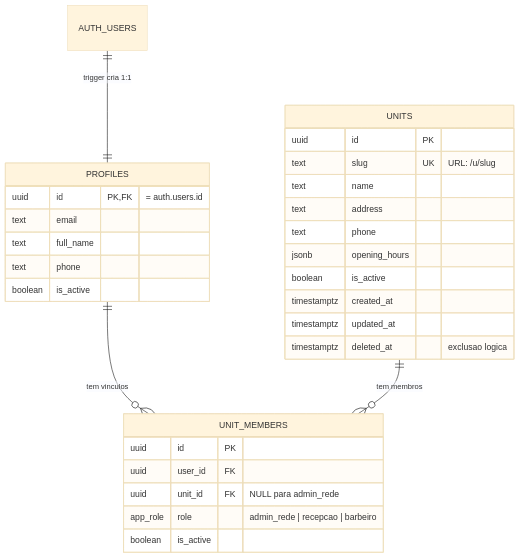
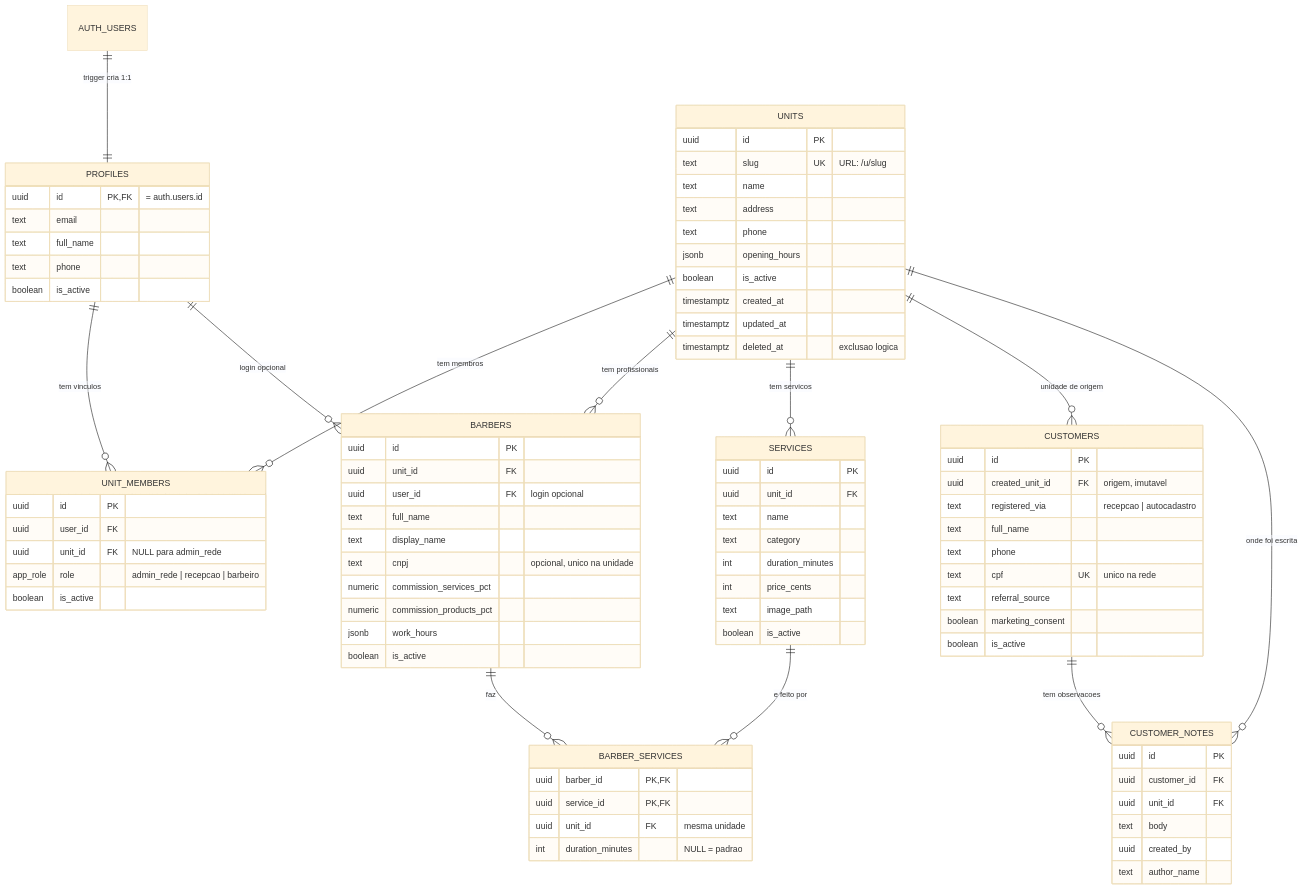
Before and after one commit to jrpereira0/donguillermo: the diagram in docs/modelo-de-dados.md, drawn with Mermaid (base theme). The commit also changed other lines of this file and 34 other files, not shown here.

First line of the commit message:
feat(clientes): cadastro unico da rede, observacoes, historico preparado, testes e documentacao

````diff
--- a/docs/modelo-de-dados.md
+++ b/docs/modelo-de-dados.md
@@ -7,6 +7,14 @@
   AUTH_USERS ||--|| PROFILES : "trigger cria 1:1"
   PROFILES ||--o{ UNIT_MEMBERS : "tem vinculos"
   UNITS ||--o{ UNIT_MEMBERS : "tem membros"
+  UNITS ||--o{ BARBERS : "tem profissionais"
+  PROFILES ||--o{ BARBERS : "login opcional"
+  UNITS ||--o{ SERVICES : "tem servicos"
+  BARBERS ||--o{ BARBER_SERVICES : "faz"
+  SERVICES ||--o{ BARBER_SERVICES : "e feito por"
+  UNITS ||--o{ CUSTOMERS : "unidade de origem"
+  CUSTOMERS ||--o{ CUSTOMER_NOTES : "tem observacoes"
+  UNITS ||--o{ CUSTOMER_NOTES : "onde foi escrita"
 
   UNITS {
     uuid id PK
@@ -34,4 +42,51 @@
     app_role role "admin_rede | recepcao | barbeiro"
     boolean is_active
   }
+  BARBERS {
+    uuid id PK
+    uuid unit_id FK
+    uuid user_id FK "login opcional"
+    text full_name
+    text display_name
+    text cnpj "opcional, unico na unidade"
+    numeric commission_services_pct
+    numeric commission_products_pct
+    jsonb work_hours
+    boolean is_active
+  }
+  SERVICES {
+    uuid id PK
+    uuid unit_id FK
+    text name
+    text category
+    int duration_minutes
+    int price_cents
+    text image_path
+    boolean is_active
+  }
+  BARBER_SERVICES {
+    uuid barber_id PK,FK
+    uuid service_id PK,FK
+    uuid unit_id FK "mesma unidade"
+    int duration_minutes "NULL = padrao"
+  }
+  CUSTOMERS {
+    uuid id PK
+    uuid created_unit_id FK "origem, imutavel"
+    text registered_via "recepcao | autocadastro"
+    text full_name
+    text phone
+    text cpf UK "unico na rede"
+    text referral_source
+    boolean marketing_consent
+    boolean is_active
+  }
+  CUSTOMER_NOTES {
+    uuid id PK
+    uuid customer_id FK
+    uuid unit_id FK
+    text body
+    uuid created_by
+    text author_name
+  }
 ```
````
